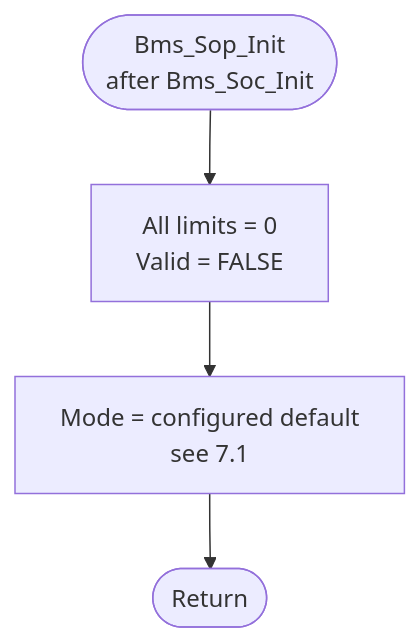
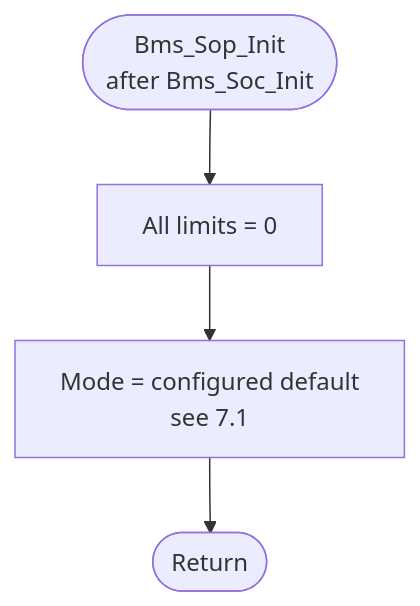
The sixth of 6 diagrams in src/battery/SOP_DESIGN.md (jsivolt/BMS_demo), drawn with Mermaid before and after one commit. The commit also changed other lines of this file, not shown here.

````diff
--- a/src/battery/SOP_DESIGN.md
+++ b/src/battery/SOP_DESIGN.md
@@ -476,6 +447,6 @@
 ```mermaid
 flowchart TD
-    START(["Bms_Sop_Init<br/>after Bms_Soc_Init"]) --> ZERO["All limits = 0<br/>Valid = FALSE"]
+    START(["Bms_Sop_Init<br/>after Bms_Soc_Init"]) --> ZERO["All limits = 0"]
     ZERO --> MODE["Mode = configured default<br/>see 7.1"]
     MODE --> DONE(["Return"])
 ```
````
